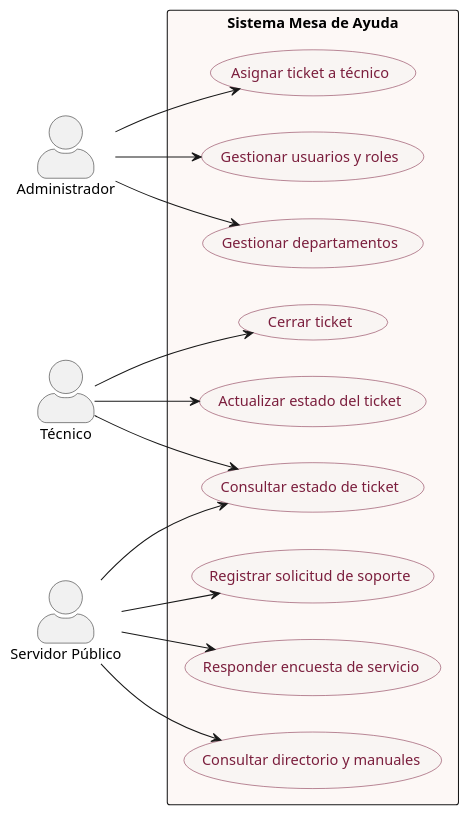
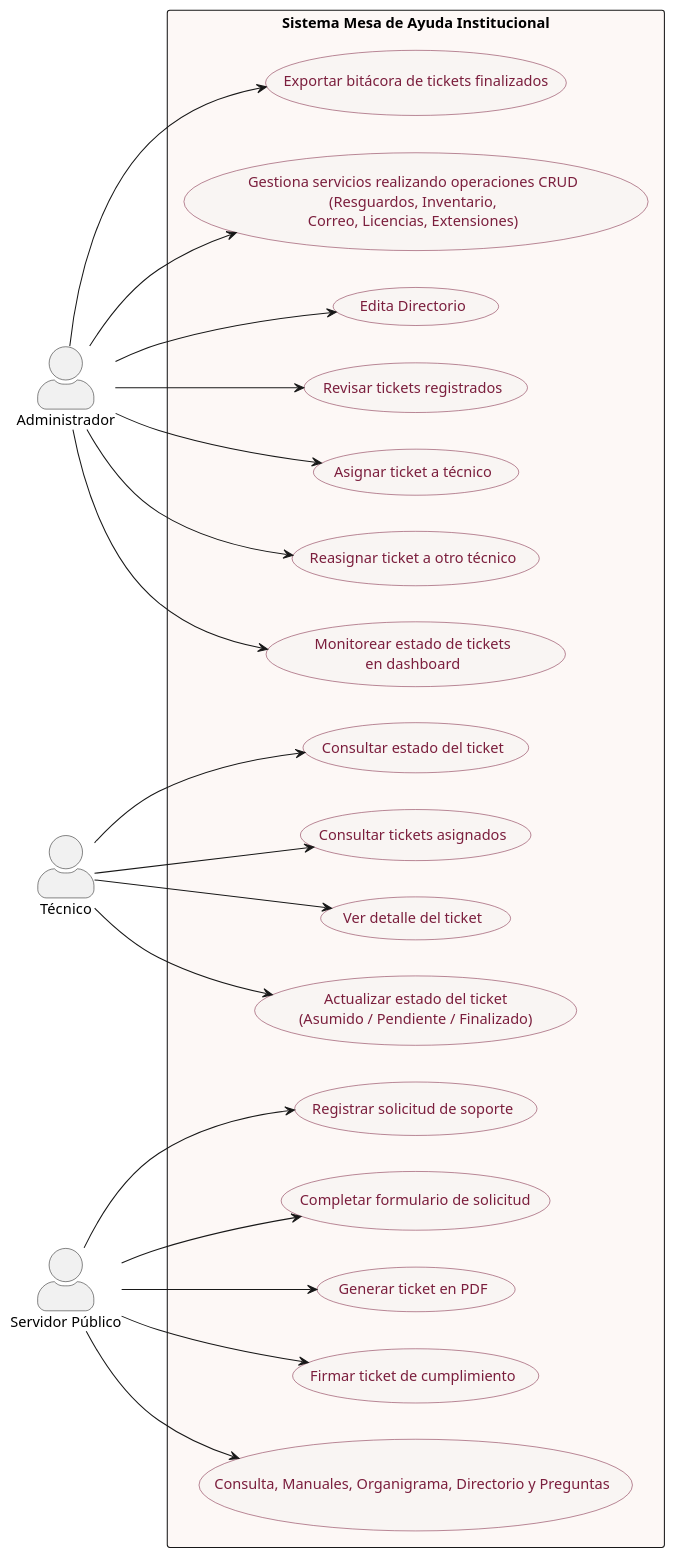
One commit to lalo02rico-lab/M_ayuda changed the diagram in api/src/main/java/casos_uso_mesa_ayuda.puml. Above: the diagram before and after it, drawn with PlantUML. The commit also changed 69 other files, not shown here.

```diff
--- a/api/src/main/java/casos_uso_mesa_ayuda.puml
+++ b/api/src/main/java/casos_uso_mesa_ayuda.puml
@@ -1,37 +1,78 @@
 @startuml
 left to right direction
+
+' =========================
+' ESTILO
+' =========================
 skinparam backgroundColor #FFFFFF
 skinparam actorStyle awesome
 skinparam usecase {
   BackgroundColor #F9F5F3
   BorderColor #7B1E3D
   FontColor #7B1E3D
 }
 
-actor "Administrador" as admin
-actor "Técnico" as tecnico
-actor "Servidor Público" as usuario
+' =========================
+' ACTORES
+' =========================
+actor "Administrador" as Admin
+actor "Técnico" as Tecnico
+actor "Servidor Público" as Usuario
 
-rectangle "Sistema Mesa de Ayuda" #FDF8F6 {
-  usecase "Registrar solicitud de soporte" as UC1
-  usecase "Consultar estado de ticket" as UC2
-  usecase "Asignar ticket a técnico" as UC3
-  usecase "Actualizar estado del ticket" as UC4
-  usecase "Cerrar ticket" as UC5
-  usecase "Gestionar usuarios y roles" as UC6
-  usecase "Gestionar departamentos" as UC7
-  usecase "Responder encuesta de servicio" as UC8
-  usecase "Consultar directorio y manuales" as UC9
+' =========================
+' SISTEMA
+' =========================
+rectangle "Sistema Mesa de Ayuda Institucional" #FDF8F6 {
+
+  ' --- Servidor Público ---
+  usecase "Registrar solicitud de soporte" as UC_Registrar
+  usecase "Completar formulario de solicitud" as UC_Formulario
+  usecase "Generar ticket en PDF" as UC_PDF
+  usecase "Firmar ticket de cumplimiento" as UC_Firma
+  usecase "Consulta, Manuales, Organigrama, Directorio y Preguntas  " as UC_ConsultaUsuario
+
+  ' --- Técnico ---
+  usecase "Consultar tickets asignados" as UC_TicketsTecnico
+  usecase "Ver detalle del ticket" as UC_Detalle
+  usecase "Actualizar estado del ticket\n(Asumido / Pendiente / Finalizado)" as UC_Estado
+  usecase "Consultar estado del ticket" as UC_ConsultaTecnico
+
+  ' --- Administrador ---
+  usecase "Edita Directorio" as UC_Directorio
+  usecase "Revisar tickets registrados" as UC_Revisar
+  usecase "Asignar ticket a técnico" as UC_Asignar
+  usecase "Reasignar ticket a otro técnico" as UC_Reasignar
+  usecase "Monitorear estado de tickets\nen dashboard" as UC_Dashboard
+  usecase "Exportar bitácora de tickets finalizados" as UC_Bitacora
+  usecase "Gestiona servicios realizando operaciones CRUD\n(Resguardos, Inventario,\nCorreo, Licencias, Extensiones)" as UC_Servicios
 }
 
-usuario --> UC1
-usuario --> UC2
-usuario --> UC8
-usuario --> UC9
-tecnico --> UC2
-tecnico --> UC4
-tecnico --> UC5
-admin --> UC3
-admin --> UC6
-admin --> UC7
+' =========================
+' RELACIONES SERVIDOR PÚBLICO
+' =========================
+Usuario --> UC_Registrar
+Usuario --> UC_Formulario
+Usuario --> UC_PDF
+Usuario --> UC_ConsultaUsuario
+Usuario --> UC_Firma
+
+' =========================
+' RELACIONES TÉCNICO
+' =========================
+Tecnico --> UC_TicketsTecnico
+Tecnico --> UC_Detalle
+Tecnico --> UC_Estado
+Tecnico --> UC_ConsultaTecnico
+
+' =========================
+' RELACIONES ADMINISTRADOR
+' =========================
+Admin --> UC_Directorio
+Admin --> UC_Revisar
+Admin --> UC_Asignar
+Admin --> UC_Reasignar
+Admin --> UC_Dashboard
+Admin --> UC_Bitacora
+Admin --> UC_Servicios
+
 @enduml
```
